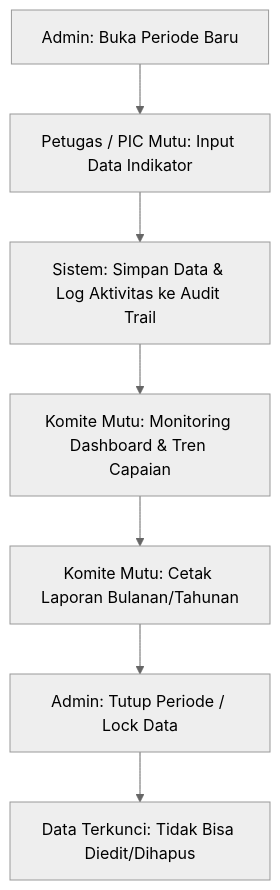
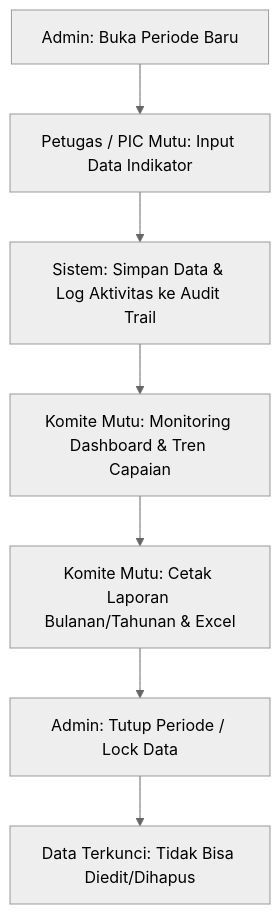
Before and after one commit to farhanaldyy/SIMURS: the diagram in README.md, drawn with Mermaid (neutral theme). The commit also changed other lines of this file and 31 other files, not shown here.

````diff
--- a/README.md
+++ b/README.md
@@ -11,9 +11,9 @@
 ```mermaid
 graph TD
     A[Admin: Buka Periode Baru] --> B[Petugas / PIC Mutu: Input Data Indikator]
     B --> C[Sistem: Simpan Data & Log Aktivitas ke Audit Trail]
     C --> D[Komite Mutu: Monitoring Dashboard & Tren Capaian]
-    D --> E[Komite Mutu: Cetak Laporan Bulanan/Tahunan]
+    D --> E[Komite Mutu: Cetak Laporan Bulanan/Tahunan & Excel]
     E --> F[Admin: Tutup Periode / Lock Data]
     F --> G[Data Terkunci: Tidak Bisa Diedit/Dihapus]
 ```
````
